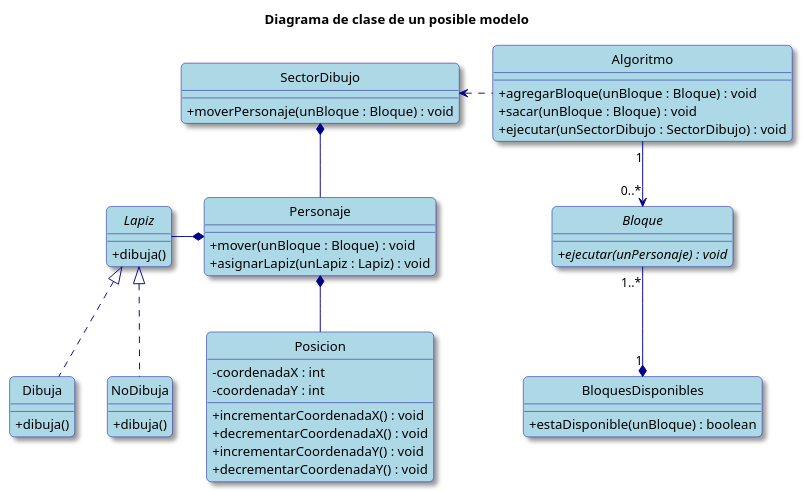
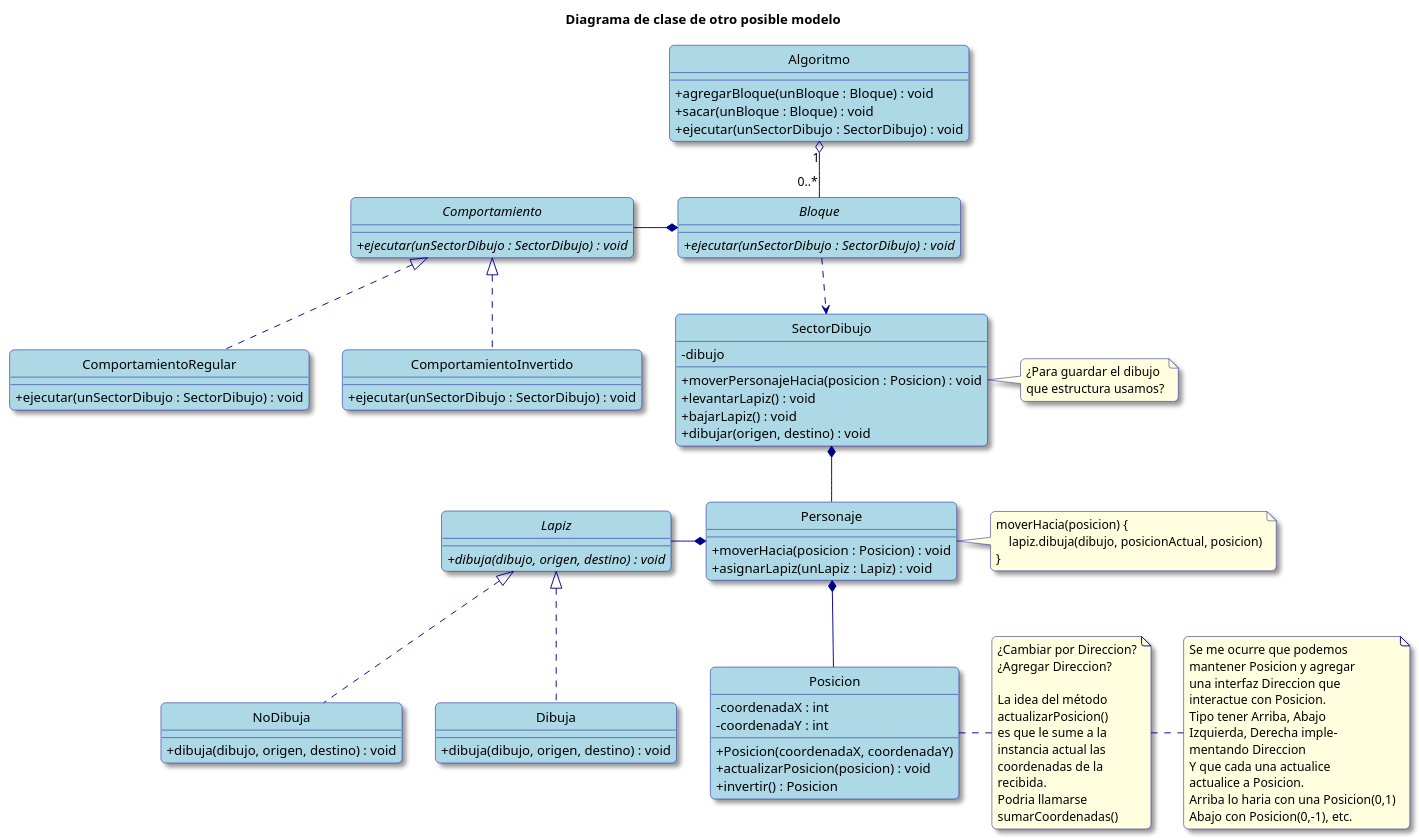
The first of 4 diagrams in diagramas-uml.puml (valva-ro/Algo3-TP2-AlgoBlocks), drawn with PlantUML before and after one commit. The commit also changed other lines of this file, not shown here.

Commit message:
docs: Cambiamos modelo

```diff
--- a/diagramas-uml.puml
+++ b/diagramas-uml.puml
@@ -1,75 +1,119 @@
 @startuml
-'Diagrama de clase general
+'Diagrama de otro modelo (version Andreas)
 hide circle
 skinparam classAttributeIconSize 0
 skinparam backgroundColor White
 skinparam RoundCorner 10
 skinparam Shadowing true
 
 skinparam class {
     ArrowColor DarkBlue
     BackgroundColor LightBlue
     BorderColor DarkBlue
 }
 
-title Diagrama de clase de un posible modelo
+skinparam note {
+    BackgroundColor LightYellow
+    BorderColor DarkBlue
+}
+
+title Diagrama de clase de otro posible modelo
 
 class Personaje {
-    + mover(unBloque : Bloque) : void
+    + moverHacia(posicion : Posicion) : void
     + asignarLapiz(unLapiz : Lapiz) : void
 }
+note right
+    moverHacia(posicion) {
+        lapiz.dibuja(dibujo, posicionActual, posicion)
+    }
+end note
 
 class Posicion {
     - coordenadaX : int
     - coordenadaY : int
-    + incrementarCoordenadaX() : void
-    + decrementarCoordenadaX() : void
-    + incrementarCoordenadaY() : void
-    + decrementarCoordenadaY() : void
+    + Posicion(coordenadaX, coordenadaY)
+    + actualizarPosicion(posicion) : void
+    + invertir() : Posicion
 }
+note right
+    ¿Cambiar por Direccion?
+    ¿Agregar Direccion?
+
+    La idea del método
+    actualizarPosicion()
+    es que le sume a la
+    instancia actual las
+    coordenadas de la
+    recibida.
+    Podria llamarse
+    sumarCoordenadas()
+end note
+
+note right
+    Se me ocurre que podemos
+    mantener Posicion y agregar
+    una interfaz Direccion que
+    interactue con Posicion.
+    Tipo tener Arriba, Abajo
+    Izquierda, Derecha imple-
+    mentando Direccion
+    Y que cada una actualice
+    actualice a Posicion.
+    Arriba lo haria con una Posicion(0,1)
+    Abajo con Posicion(0,-1), etc.
+end note
 
 interface Bloque {
-    + {abstract} ejecutar(unPersonaje) : void
+    + {abstract} ejecutar(unSectorDibujo : SectorDibujo) : void
 }
 
 class SectorDibujo {
-    + moverPersonaje(unBloque : Bloque) : void
+    - dibujo
+    + moverPersonajeHacia(posicion : Posicion) : void
+    + levantarLapiz() : void
+    + bajarLapiz() : void
+    + dibujar(origen, destino) : void
 }
+note right
+    ¿Para guardar el dibujo
+    que estructura usamos?
+end note
+
 
 class Algoritmo {
     + agregarBloque(unBloque : Bloque) : void
     + sacar(unBloque : Bloque) : void
     + ejecutar(unSectorDibujo : SectorDibujo) : void
 }
 
-class BloquesDisponibles {
-    + estaDisponible(unBloque) : boolean
+interface Lapiz {
+    + {abstract} dibuja(dibujo, origen, destino) : void
+}
+class Dibuja {
+    + dibuja(dibujo, origen, destino) : void
+}
+class NoDibuja {
+    + dibuja(dibujo, origen, destino) : void
+}
+interface Comportamiento {
+    + {abstract} ejecutar(unSectorDibujo : SectorDibujo) : void
+}
+class ComportamientoRegular {
+    + ejecutar(unSectorDibujo : SectorDibujo) : void
+}
+class ComportamientoInvertido {
+    + ejecutar(unSectorDibujo : SectorDibujo) : void
 }
 
-interface Lapiz {
-    + dibuja()
-}
-class Dibuja {
-    + dibuja()
-}
-class NoDibuja {
-    + dibuja()
-}
-BloquesDisponibles "1" *--up "1..*" Bloque
-
-Algoritmo "1" --> "0..*" Bloque
-Algoritmo ..left> SectorDibujo
-
+Algoritmo "1" o-- "0..*" Bloque
+Bloque ..down> SectorDibujo
+Bloque *--left Comportamiento
+Comportamiento <|.. ComportamientoRegular
+Comportamiento <|.. ComportamientoInvertido
 SectorDibujo *-- Personaje
 Personaje *-- Posicion
 Personaje *--left Lapiz
 Lapiz <|.. Dibuja
 Lapiz <|.. NoDibuja
-
-'moverDelPersonaje(unBloque) {
-'    origen = posicion
-'    unBloque.mover(this)
-'    destino = posicion
-'    lapiz dibuja(origen, destino)
-'}
 @enduml
```
